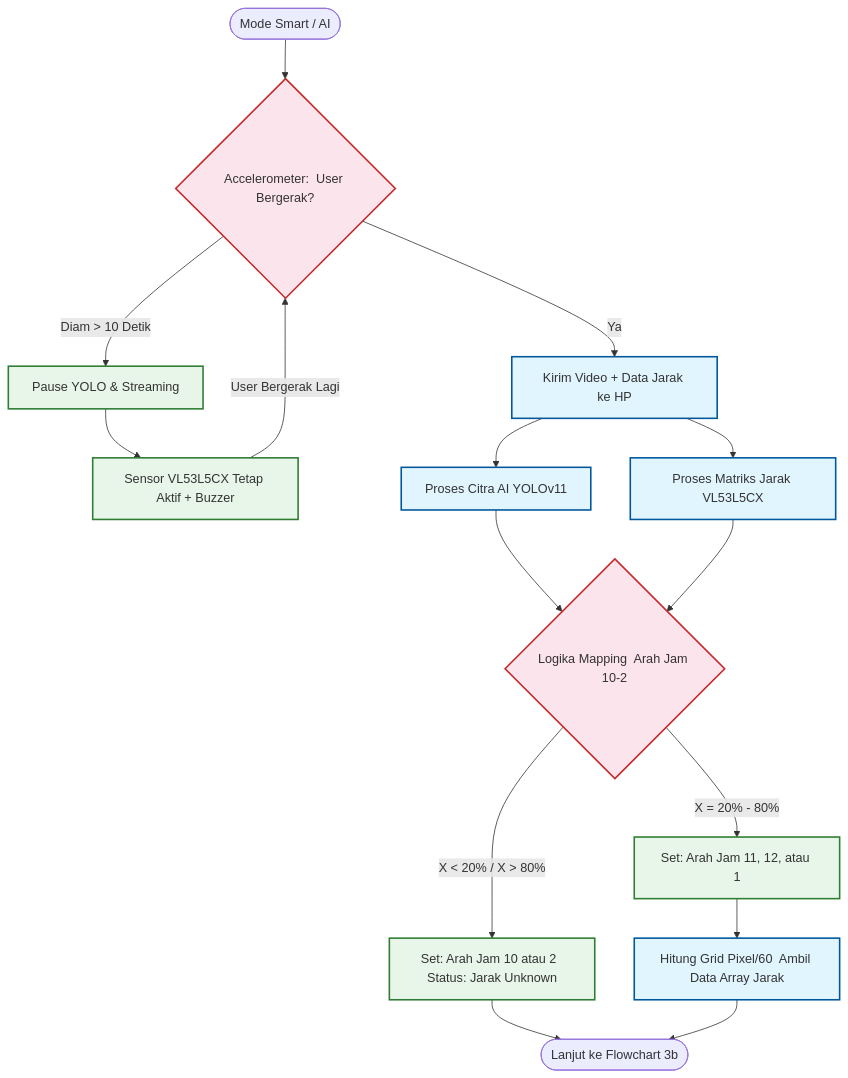
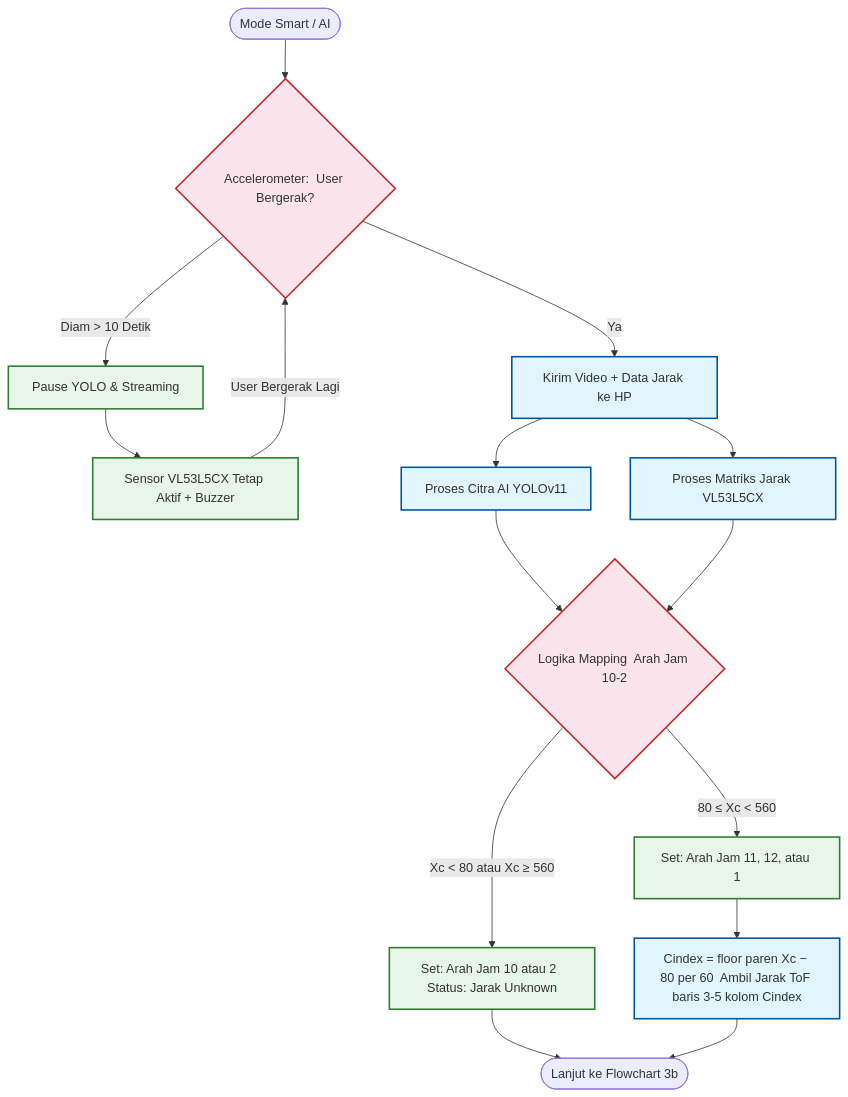
Before and after one commit to aan-andiyanaS/draf: the fifth of 10 diagrams in alur-logika.md, drawn with Mermaid. The commit also changed other lines of this file and 4 other files, not shown here.

````diff
--- a/alur-logika.md
+++ b/alur-logika.md
@@ -375,39 +375,39 @@
    ```mermaid
    flowchart TD
       MODE_SMART([Mode Smart / AI]) --> CEK_GERAK{Accelerometer:  User Bergerak?}
 
       %% User Diam - Pause YOLO, Sensor Tetap Jalan
       CEK_GERAK -- Diam > 10 Detik --> PAUSE_YOLO[Pause YOLO & Streaming]
       PAUSE_YOLO --> SENSOR_ONLY[Sensor VL53L5CX Tetap Aktif + Buzzer]
       SENSOR_ONLY -- User Bergerak Lagi --> CEK_GERAK
 
       %% User Bergerak - Proses Normal
       CEK_GERAK -- Ya --> KIRIM_DATA[Kirim Video + Data Jarak ke HP]
 
       %% Fork - Paralel Processing
       KIRIM_DATA --> YOLO[Proses Citra AI YOLOv11]
       KIRIM_DATA --> ToF[Proses Matriks Jarak VL53L5CX]
 
       %% Join - Penggabungan
       YOLO --> MAPPING{Logika Mapping  Arah Jam 10-2}
       ToF --> MAPPING
 
       %% Logika Percabangan Arah Jam
-      MAPPING -- X < 20% / X > 80% --> LUAR[Set: Arah Jam 10 atau 2  Status: Jarak Unknown]
-      MAPPING -- X = 20% - 80% --> DALAM[Set: Arah Jam 11, 12, atau 1]
+      MAPPING -- Xc < 80 atau Xc ≥ 560 --> LUAR[Set: Arah Jam 10 atau 2  Status: Jarak Unknown]
+      MAPPING -- 80 ≤ Xc < 560 --> DALAM[Set: Arah Jam 11, 12, atau 1]
 
-      DALAM --> HITUNG_GRID[Hitung Grid Pixel/60  Ambil Data Array Jarak]
+      DALAM --> HITUNG_GRID[Cindex = floor paren Xc − 80 per 60  Ambil Jarak ToF baris 3-5 kolom Cindex]
 
       LUAR --> GOTO_OUTPUT([Lanjut ke  Flowchart 3b])
       HITUNG_GRID --> GOTO_OUTPUT
 
       %% Styling
       classDef research fill:#e1f5fe,stroke:#01579b,stroke-width:2px;
       classDef design fill:#e8f5e9,stroke:#2e7d32,stroke-width:2px;
       classDef impl fill:#fff3e0,stroke:#e65100,stroke-width:2px;
       classDef decision fill:#fce4ec,stroke:#c62828,stroke-width:2px;
 
       class KIRIM_DATA,YOLO,ToF,HITUNG_GRID research;
       class LUAR,DALAM,PAUSE_YOLO,SENSOR_ONLY design;
       class CEK_GERAK,MAPPING decision;
    ```
````
